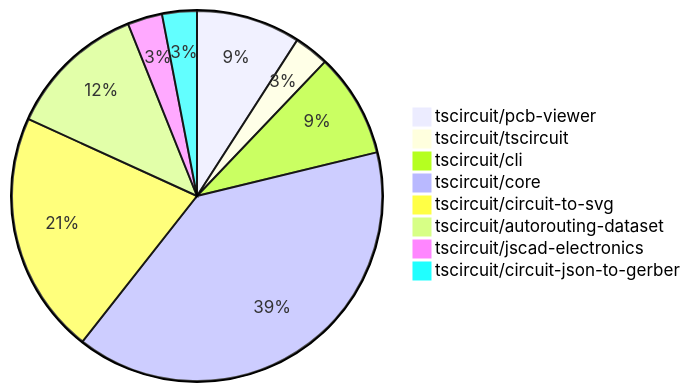
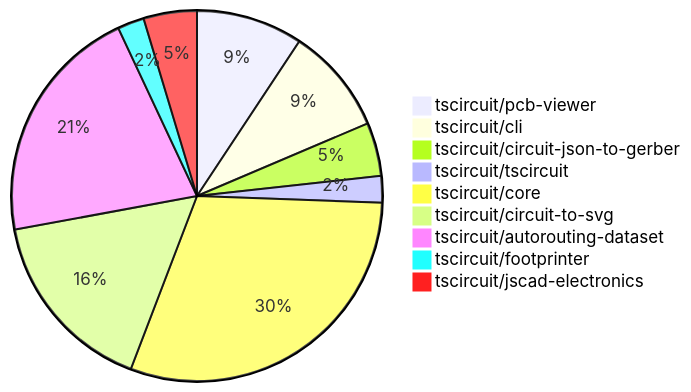
Before and after one commit to tscircuit/contribution-tracker: the diagram in README.md, drawn with Mermaid. The commit also changed other lines of this file and 1 other file, not shown here.

````diff
--- a/README.md
+++ b/README.md
@@ -24,11 +24,12 @@
 ```mermaid
 pie
-    "tscircuit/pcb-viewer" : 3
+    "tscircuit/pcb-viewer" : 4
+    "tscircuit/cli" : 4
+    "tscircuit/circuit-json-to-gerber" : 2
     "tscircuit/tscircuit" : 1
-    "tscircuit/cli" : 3
     "tscircuit/core" : 13
     "tscircuit/circuit-to-svg" : 7
-    "tscircuit/autorouting-dataset" : 4
-    "tscircuit/jscad-electronics" : 1
-    "tscircuit/circuit-json-to-gerber" : 1
+    "tscircuit/autorouting-dataset" : 9
+    "tscircuit/footprinter" : 1
+    "tscircuit/jscad-electronics" : 2
 ```
````
